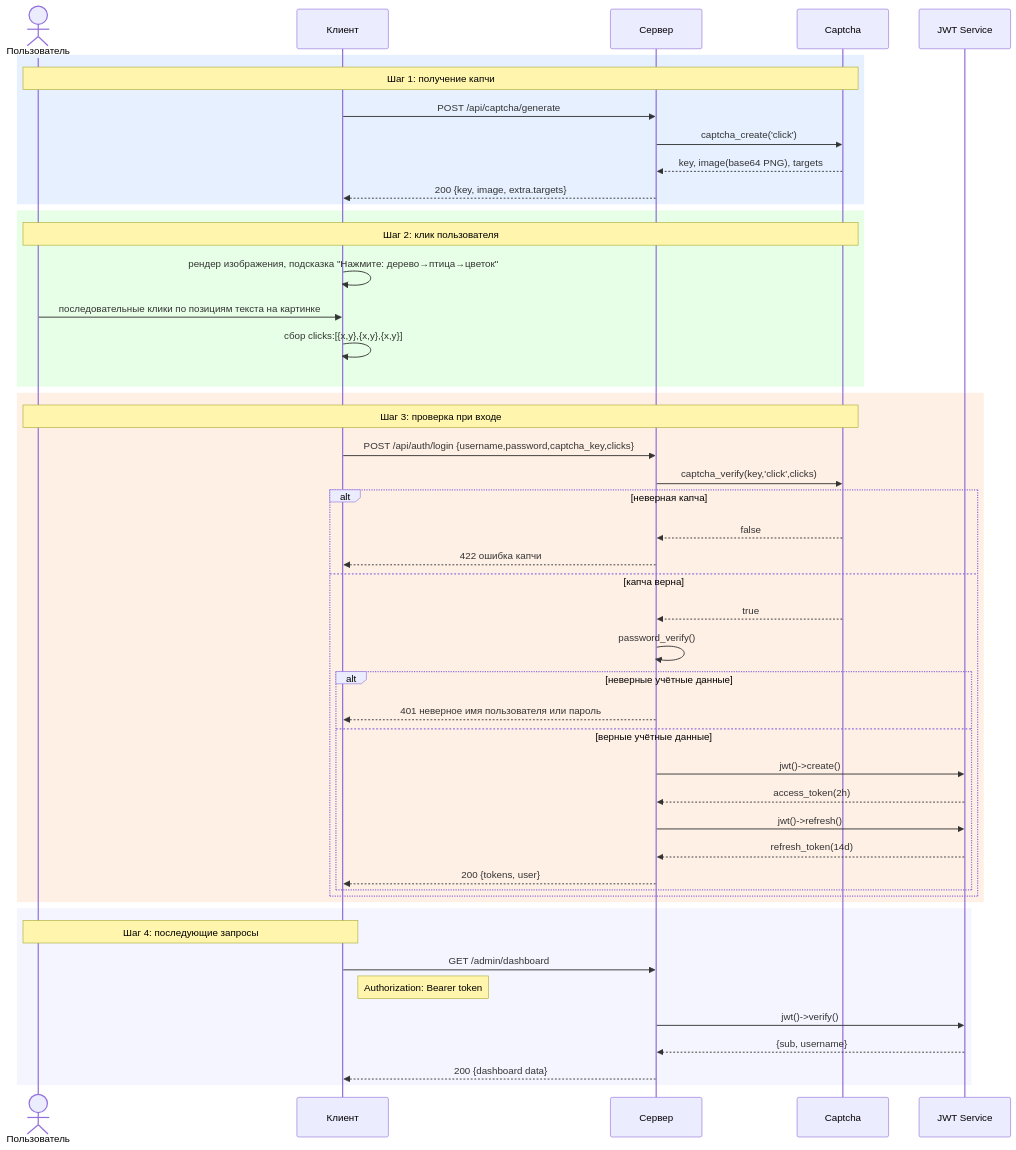
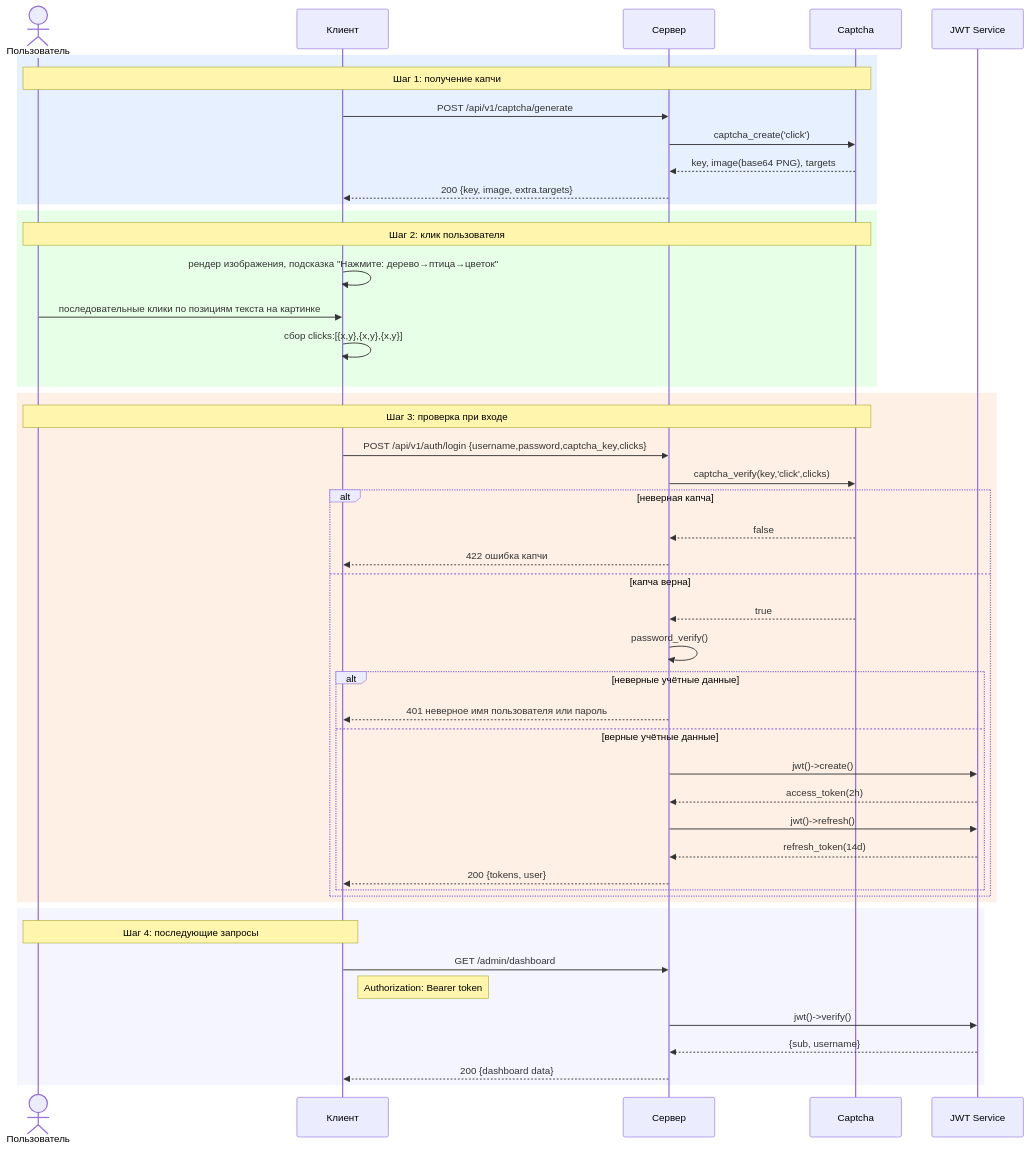
The diagram in admin/docs/diagrams/04-auth-captcha-flow.ru.md (erikwang2013/integrated-global-logistics), drawn with Mermaid before and after one commit. The commit also changed 147 other files, not shown here.

````diff
--- a/admin/docs/diagrams/04-auth-captcha-flow.ru.md
+++ b/admin/docs/diagrams/04-auth-captcha-flow.ru.md
@@ -7,55 +7,55 @@
 ```mermaid
 sequenceDiagram
     actor U as Пользователь
     participant CL as Клиент
     participant SV as Сервер
     participant CAP as Captcha
     participant JWT as JWT Service
 
     rect rgb(230, 240, 255)
     Note over U,CAP: Шаг 1: получение капчи
-    CL->>SV: POST /api/captcha/generate
+    CL->>SV: POST /api/v1/captcha/generate
     SV->>CAP: captcha_create('click')
     CAP-->>SV: key, image(base64 PNG), targets
     SV-->>CL: 200 {key, image, extra.targets}
     end
 
     rect rgb(230, 255, 230)
     Note over U,CAP: Шаг 2: клик пользователя
     CL->>CL: рендер изображения, подсказка "Нажмите: дерево→птица→цветок"
     U->>CL: последовательные клики по позициям текста на картинке
     CL->>CL: сбор clicks:[{x,y},{x,y},{x,y}]
     end
 
     rect rgb(255, 240, 230)
     Note over U,CAP: Шаг 3: проверка при входе
-    CL->>SV: POST /api/auth/login {username,password,captcha_key,clicks}
+    CL->>SV: POST /api/v1/auth/login {username,password,captcha_key,clicks}
     SV->>CAP: captcha_verify(key,'click',clicks)
 
     alt неверная капча
         CAP-->>SV: false
         SV-->>CL: 422 ошибка капчи
     else капча верна
         CAP-->>SV: true
         SV->>SV: password_verify()
         alt неверные учётные данные
             SV-->>CL: 401 неверное имя пользователя или пароль
         else верные учётные данные
             SV->>JWT: jwt()->create()
             JWT-->>SV: access_token(2h)
             SV->>JWT: jwt()->refresh()
             JWT-->>SV: refresh_token(14d)
             SV-->>CL: 200 {tokens, user}
         end
     end
     end
 
     rect rgb(245, 245, 255)
     Note over U,CL: Шаг 4: последующие запросы
     CL->>SV: GET /admin/dashboard
     Note right of CL: Authorization: Bearer token
     SV->>JWT: jwt()->verify()
     JWT-->>SV: {sub, username}
     SV-->>CL: 200 {dashboard data}
     end
 ```
````
